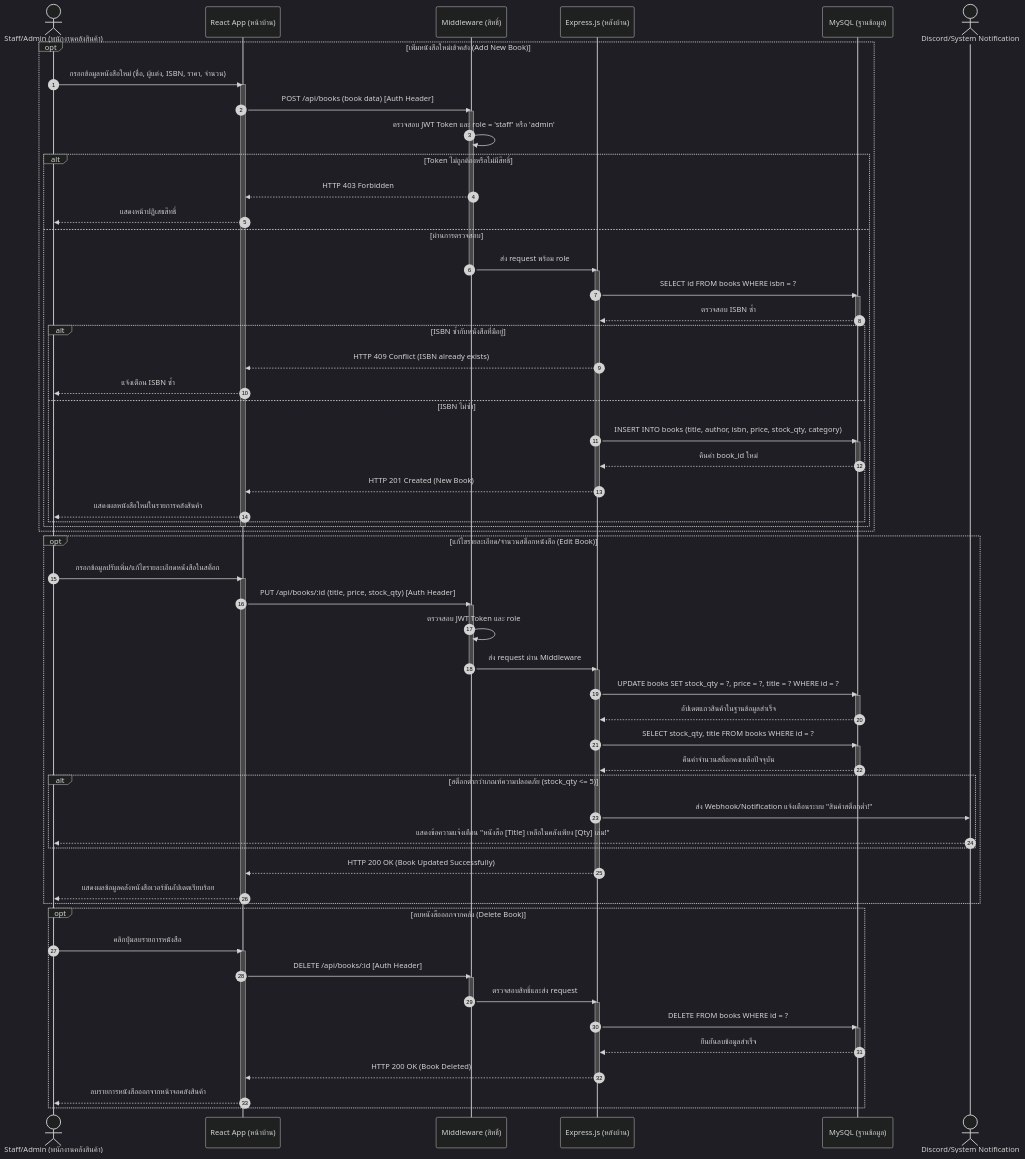
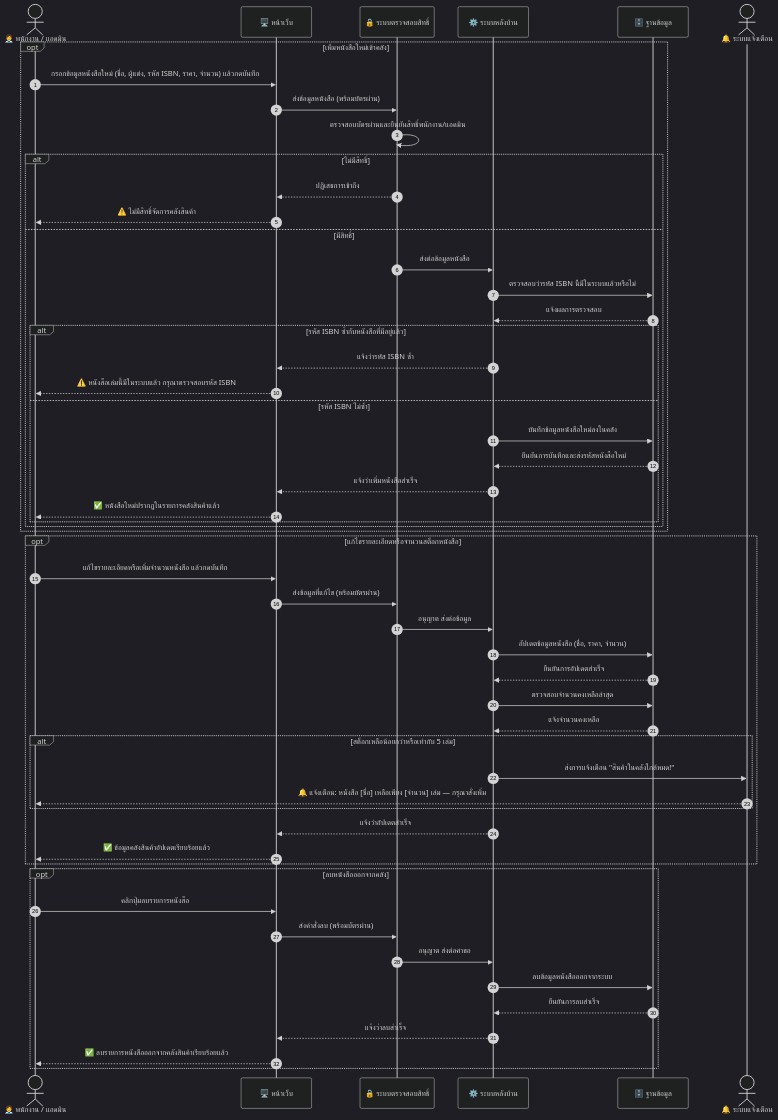
The tenth of 15 diagrams in diagram/Diagram.md (SupvichSpuGM/online-bookstore), drawn with Mermaid (dark theme) before and after one commit. The commit also changed other lines of this file and 1 other file, not shown here.

````diff
--- a/diagram/Diagram.md
+++ b/diagram/Diagram.md
@@ -653,88 +587,59 @@
 ```mermaid
 sequenceDiagram
-            autonumber
-            actor Staff as Staff/Admin (พนักงานคลังสินค้า)
-            participant Client as React App (หน้าบ้าน)
-            participant AuthMW as Middleware (สิทธิ์)
-            participant API as Express.js (หลังบ้าน)
-            participant DB as MySQL (ฐานข้อมูล)
-            actor Discord as Discord/System Notification
+    autonumber
+    actor Staff as 🧑‍💼 พนักงาน / แอดมิน
+    participant Web as 🖥️ หน้าเว็บ
+    participant Guard as 🔒 ระบบตรวจสอบสิทธิ์
+    participant App as ⚙️ ระบบหลังบ้าน
+    participant DB as 🗄️ ฐานข้อมูล
+    actor Notify as 🔔 ระบบแจ้งเตือน
 
-            opt เพิ่มหนังสือใหม่เข้าคลัง (Add New Book)
-                Staff->>Client: กรอกข้อมูลหนังสือใหม่ (ชื่อ, ผู้แต่ง, ISBN, ราคา, จำนวน)
-                activate Client
-                Client->>AuthMW: POST /api/books (book data) [Auth Header]
-                activate AuthMW
-                AuthMW->>AuthMW: ตรวจสอบ JWT Token และ role = 'staff' หรือ 'admin'
-                alt Token ไม่ถูกต้องหรือไม่มีสิทธิ์
-                    AuthMW-->>Client: HTTP 403 Forbidden
-                    Client-->>Staff: แสดงหน้าปฏิเสธสิทธิ์
-                else ผ่านการตรวจสอบ
-                    AuthMW->>API: ส่ง request พร้อม role
-                    deactivate AuthMW
-                    activate API
-                    API->>DB: SELECT id FROM books WHERE isbn = ?
-                    activate DB
-                    DB-->>API: ตรวจสอบ ISBN ซ้ำ
-                    deactivate DB
-                    alt ISBN ซ้ำกับหนังสือที่มีอยู่
-                        API-->>Client: HTTP 409 Conflict (ISBN already exists)
-                        Client-->>Staff: แจ้งเตือน ISBN ซ้ำ
-                    else ISBN ไม่ซ้ำ
-                        API->>DB: INSERT INTO books (title, author, isbn, price, stock_qty, category)
-                        activate DB
-                        DB-->>API: คืนค่า book_id ใหม่
-                        deactivate DB
-                        API-->>Client: HTTP 201 Created (New Book)
-                        deactivate API
-                        Client-->>Staff: แสดงผลหนังสือใหม่ในรายการคลังสินค้า
-                    end
-                end
-                deactivate Client
+    opt เพิ่มหนังสือใหม่เข้าคลัง
+        Staff->>Web: กรอกข้อมูลหนังสือใหม่ (ชื่อ, ผู้แต่ง, รหัส ISBN, ราคา, จำนวน) แล้วกดบันทึก
+        Web->>Guard: ส่งข้อมูลหนังสือ (พร้อมบัตรผ่าน)
+        Guard->>Guard: ตรวจสอบบัตรผ่านและยืนยันสิทธิ์พนักงาน/แอดมิน
+        alt ไม่มีสิทธิ์
+            Guard-->>Web: ปฏิเสธการเข้าถึง
+            Web-->>Staff: ⚠️ ไม่มีสิทธิ์จัดการคลังสินค้า
+        else มีสิทธิ์
+            Guard->>App: ส่งต่อข้อมูลหนังสือ
+            App->>DB: ตรวจสอบว่ารหัส ISBN นี้มีในระบบแล้วหรือไม่
+            DB-->>App: แจ้งผลการตรวจสอบ
+            alt รหัส ISBN ซ้ำกับหนังสือที่มีอยู่แล้ว
+                App-->>Web: แจ้งว่ารหัส ISBN ซ้ำ
+                Web-->>Staff: ⚠️ หนังสือเล่มนี้มีในระบบแล้ว กรุณาตรวจสอบรหัส ISBN
+            else รหัส ISBN ไม่ซ้ำ
+                App->>DB: บันทึกข้อมูลหนังสือใหม่ลงในคลัง
+                DB-->>App: ยืนยันการบันทึกและส่งรหัสหนังสือใหม่
+                App-->>Web: แจ้งว่าเพิ่มหนังสือสำเร็จ
+                Web-->>Staff: ✅ หนังสือใหม่ปรากฏในรายการคลังสินค้าแล้ว
             end
+        end
+    end
 
-            opt แก้ไขรายละเอียด/จำนวนสต็อกหนังสือ (Edit Book)
-                Staff->>Client: กรอกข้อมูลปรับเพิ่ม/แก้ไขรายละเอียดหนังสือในสต็อก
-                activate Client
-                Client->>AuthMW: PUT /api/books/:id (title, price, stock_qty) [Auth Header]
-                activate AuthMW
-                AuthMW->>AuthMW: ตรวจสอบ JWT Token และ role
-                AuthMW->>API: ส่ง request ผ่าน Middleware
-                deactivate AuthMW
-                activate API
-                API->>DB: UPDATE books SET stock_qty = ?, price = ?, title = ? WHERE id = ?
-                activate DB
-                DB-->>API: อัปเดตแถวสินค้าในฐานข้อมูลสำเร็จ
-                deactivate DB
-                API->>DB: SELECT stock_qty, title FROM books WHERE id = ?
-                activate DB
-                DB-->>API: คืนค่าจำนวนสต็อกคงเหลือปัจจุบัน
-                deactivate DB
-                alt สต็อกต่ำกว่าเกณฑ์ความปลอดภัย (stock_qty <= 5)
-                    API->>Discord: ส่ง Webhook/Notification แจ้งเตือนระบบ "สินค้าสต็อกต่ำ!"
-                    Discord-->>Staff: แสดงข้อความแจ้งเตือน "หนังสือ [Title] เหลือในคลังเพียง [Qty] เล่ม!"
-                end
-                API-->>Client: HTTP 200 OK (Book Updated Successfully)
-                deactivate API
-                Client-->>Staff: แสดงผลข้อมูลคลังหนังสือเวอร์ชันอัปเดตเรียบร้อย
-                deactivate Client
-            end
+    opt แก้ไขรายละเอียดหรือจำนวนสต็อกหนังสือ
+        Staff->>Web: แก้ไขรายละเอียดหรือเพิ่มจำนวนหนังสือ แล้วกดบันทึก
+        Web->>Guard: ส่งข้อมูลที่แก้ไข (พร้อมบัตรผ่าน)
+        Guard->>App: อนุญาต ส่งต่อข้อมูล
+        App->>DB: อัปเดตข้อมูลหนังสือ (ชื่อ, ราคา, จำนวน)
+        DB-->>App: ยืนยันการอัปเดตสำเร็จ
+        App->>DB: ตรวจสอบจำนวนคงเหลือล่าสุด
+        DB-->>App: แจ้งจำนวนคงเหลือ
+        alt สต็อกเหลือน้อยกว่าหรือเท่ากับ 5 เล่ม
+            App->>Notify: ส่งการแจ้งเตือน "สินค้าในคลังใกล้หมด!"
+            Notify-->>Staff: 🔔 แจ้งเตือน: หนังสือ [ชื่อ] เหลือเพียง [จำนวน] เล่ม — กรุณาสั่งเพิ่ม
+        end
+        App-->>Web: แจ้งว่าอัปเดตสำเร็จ
+        Web-->>Staff: ✅ ข้อมูลคลังสินค้าอัปเดตเรียบร้อยแล้ว
+    end
 
-            opt ลบหนังสือออกจากคลัง (Delete Book)
-                Staff->>Client: คลิกปุ่มลบรายการหนังสือ
-                activate Client
-                Client->>AuthMW: DELETE /api/books/:id [Auth Header]
-                activate AuthMW
-                AuthMW->>API: ตรวจสอบสิทธิ์และส่ง request
-                deactivate AuthMW
-                activate API
-                API->>DB: DELETE FROM books WHERE id = ?
-                activate DB
-                DB-->>API: ยืนยันลบข้อมูลสำเร็จ
-                deactivate DB
-                API-->>Client: HTTP 200 OK (Book Deleted)
-                deactivate API
-                Client-->>Staff: ลบรายการหนังสือออกจากหน้าจอคลังสินค้า
-                deactivate Client
-            end
+    opt ลบหนังสือออกจากคลัง
+        Staff->>Web: คลิกปุ่มลบรายการหนังสือ
+        Web->>Guard: ส่งคำสั่งลบ (พร้อมบัตรผ่าน)
+        Guard->>App: อนุญาต ส่งต่อคำขอ
+        App->>DB: ลบข้อมูลหนังสือออกจากระบบ
+        DB-->>App: ยืนยันการลบสำเร็จ
+        App-->>Web: แจ้งว่าลบสำเร็จ
+        Web-->>Staff: ✅ ลบรายการหนังสือออกจากคลังสินค้าเรียบร้อยแล้ว
+    end
 ```
````
